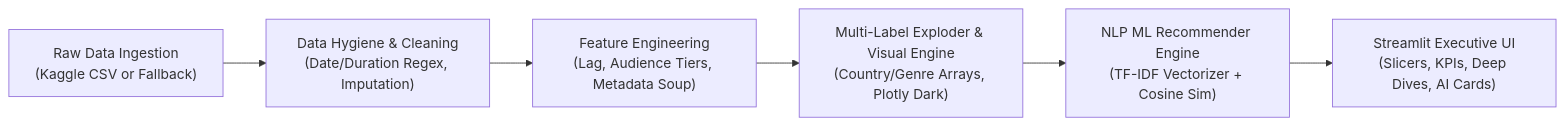
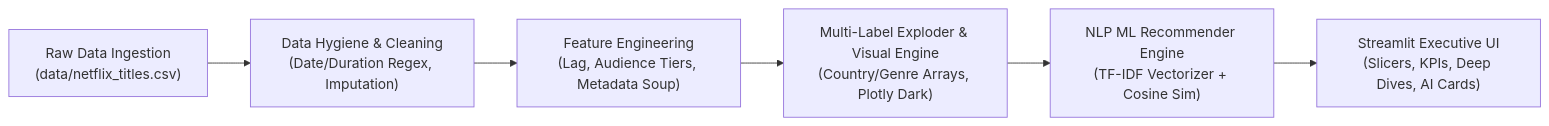
One commit to ArunodayGupta/IDSE_Project changed the diagram in README.md. Above: the diagram before and after it, drawn with Mermaid. The commit also changed other lines of this file and 4 other files, not shown here.

````diff
--- a/README.md
+++ b/README.md
@@ -50,8 +50,8 @@
 ```mermaid
 flowchart LR
-    A["Raw Data Ingestion<br>(Kaggle CSV or Fallback)"] --> B["Data Hygiene & Cleaning<br>(Date/Duration Regex, Imputation)"]
+    A["Raw Data Ingestion<br>(data/netflix_titles.csv)"] --> B["Data Hygiene & Cleaning<br>(Date/Duration Regex, Imputation)"]
     B --> C["Feature Engineering<br>(Lag, Audience Tiers, Metadata Soup)"]
     C --> D["Multi-Label Exploder & Visual Engine<br>(Country/Genre Arrays, Plotly Dark)"]
     D --> E["NLP ML Recommender Engine<br>(TF-IDF Vectorizer + Cosine Sim)"]
     E --> F["Streamlit Executive UI<br>(Slicers, KPIs, Deep Dives, AI Cards)"]
 ```
````
